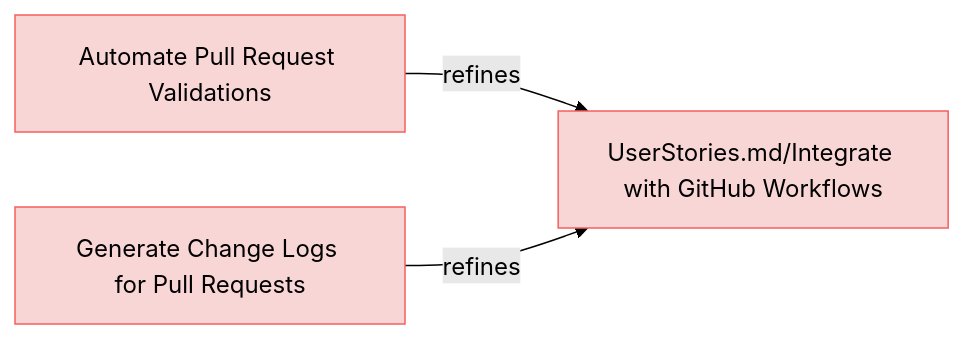
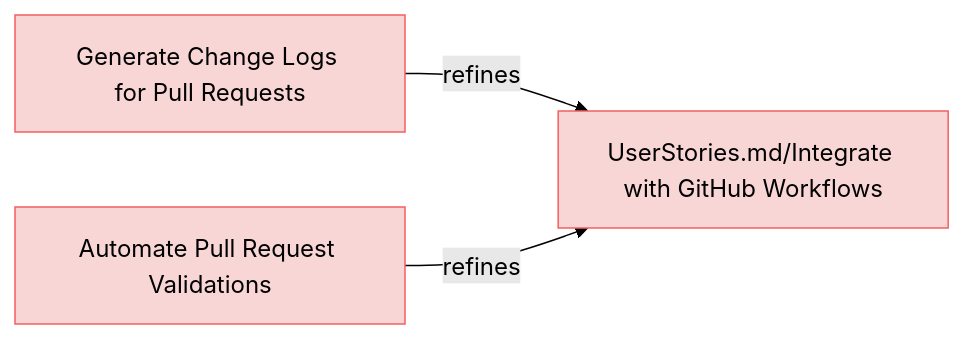
The fourth of 9 diagrams in specifications/UserRequirements.md (reqvire-org/reqvire), drawn with Mermaid (forest theme) before and after one commit. The commit also changed other lines of this file and 21 other files, not shown here.

````diff
--- a/specifications/UserRequirements.md
+++ b/specifications/UserRequirements.md
@@ -329,20 +329,20 @@
 ```mermaid
 graph LR;
   %% Graph styling
   classDef requirement fill:#f9d6d6,stroke:#f55f5f,stroke-width:1px;
   classDef verification fill:#d6f9d6,stroke:#5fd75f,stroke-width:1px;
   classDef externalLink fill:#d0e0ff,stroke:#3080ff,stroke-width:1px;
   classDef default fill:#f5f5f5,stroke:#333333,stroke-width:1px;
 
-  323a6281f4383168["Automate Pull Request Validations"];
-  click 323a6281f4383168 "https://github.com/ilijaljubicic/Reqvire/blob/8a68ca1eab81bac7964085e47777a0a92447c6a5/specifications/UserRequirements.md#automate-pull-request-validations";
-  class 323a6281f4383168 requirement;
-  dfb5ca2ca89e0152["UserStories.md/Integrate with GitHub Workflows"];
-  class dfb5ca2ca89e0152 requirement;
-  click dfb5ca2ca89e0152 "https://github.com/ilijaljubicic/Reqvire/blob/8a68ca1eab81bac7964085e47777a0a92447c6a5/specifications/UserStories.md#integrate-with-github-workflows";
-  323a6281f4383168 -->|refines| dfb5ca2ca89e0152;
-  da2937c66e26572c["Generate Change Logs for Pull Requests"];
-  click da2937c66e26572c "https://github.com/ilijaljubicic/Reqvire/blob/8a68ca1eab81bac7964085e47777a0a92447c6a5/specifications/UserRequirements.md#generate-change-logs-for-pull-requests";
-  class da2937c66e26572c requirement;
-  da2937c66e26572c -->|refines| dfb5ca2ca89e0152;
+  efa1cab60b058344["Generate Change Logs for Pull Requests"];
+  click efa1cab60b058344 "https://github.com/Reqvire/reqvire/blob/f18e52f9f88c64f67a79abc4e93eb74b3ec22615/specifications/UserRequirements.md#generate-change-logs-for-pull-requests";
+  class efa1cab60b058344 requirement;
+  1563f8454019c887["UserStories.md/Integrate with GitHub Workflows"];
+  class 1563f8454019c887 requirement;
+  click 1563f8454019c887 "https://github.com/Reqvire/reqvire/blob/f18e52f9f88c64f67a79abc4e93eb74b3ec22615/specifications/UserStories.md#integrate-with-github-workflows";
+  efa1cab60b058344 -->|refines| 1563f8454019c887;
+  b41f362e18fb2449["Automate Pull Request Validations"];
+  click b41f362e18fb2449 "https://github.com/Reqvire/reqvire/blob/f18e52f9f88c64f67a79abc4e93eb74b3ec22615/specifications/UserRequirements.md#automate-pull-request-validations";
+  class b41f362e18fb2449 requirement;
+  b41f362e18fb2449 -->|refines| 1563f8454019c887;
 ```
````
